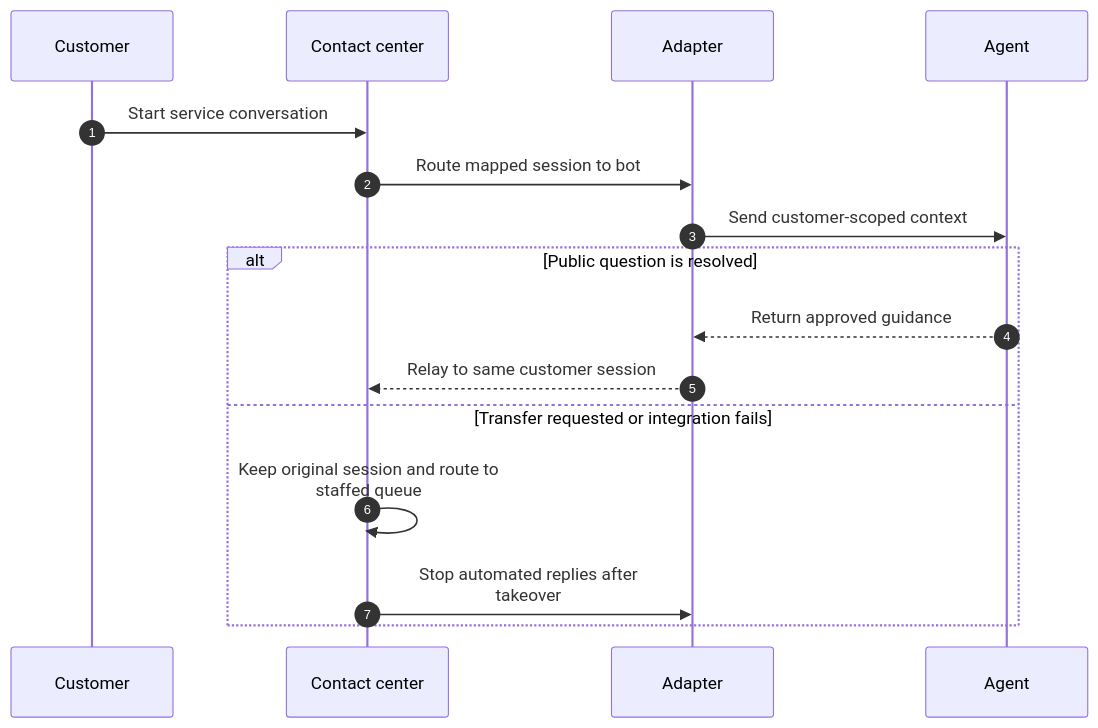
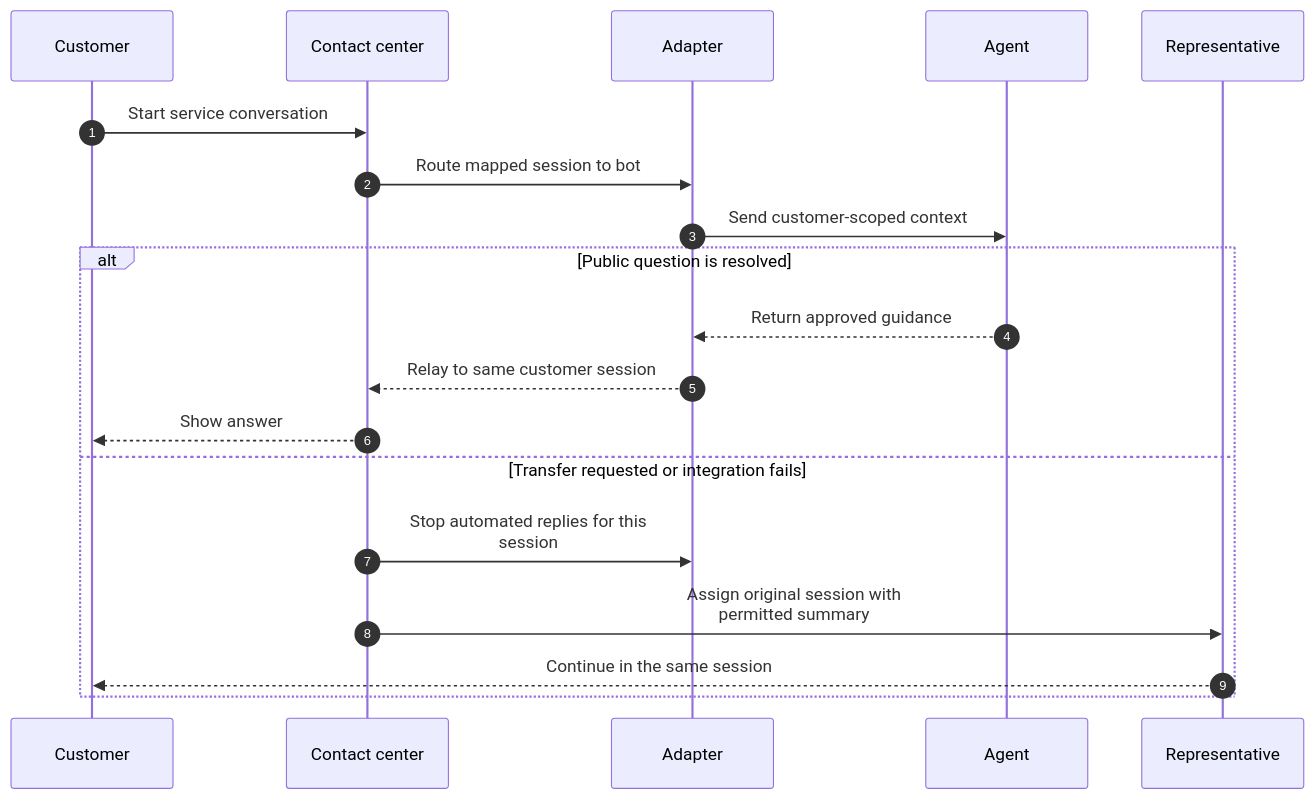
Before and after one commit to abhishek-ai-enabler/copilotstudio-architecture-patterns: the second of 2 diagrams in solution-ideas/custom-contact-center.md, drawn with Mermaid. The commit also changed other lines of this file and 41 other files, not shown here.

First line of the commit message:
Review diagrams: add return paths and fix flow accuracy

````diff
--- a/solution-ideas/custom-contact-center.md
+++ b/solution-ideas/custom-contact-center.md
@@ -40,19 +42,22 @@
 ```mermaid
 sequenceDiagram
     accTitle: Add Copilot Studio to an existing third-party contact center - technical flow
     autonumber
     participant U as Customer
     participant Q as Contact center
     participant B as Adapter
     participant A as Agent
+    participant H as Representative
     U->>Q: Start service conversation
     Q->>B: Route mapped session to bot
     B->>A: Send customer-scoped context
     alt Public question is resolved
-        A-->>B: Return approved guidance
-        B-->>Q: Relay to same customer session
+      A-->>B: Return approved guidance
+      B-->>Q: Relay to same customer session
+      Q-->>U: Show answer
     else Transfer requested or integration fails
-        Q->>Q: Keep original session and route to<br/>staffed queue
-        Q->>B: Stop automated replies after<br/>takeover
+      Q->>B: Stop automated replies for this<br/>session
+      Q->>H: Assign original session with<br/>permitted summary
+      H-->>U: Continue in the same session
     end
 ```
````
